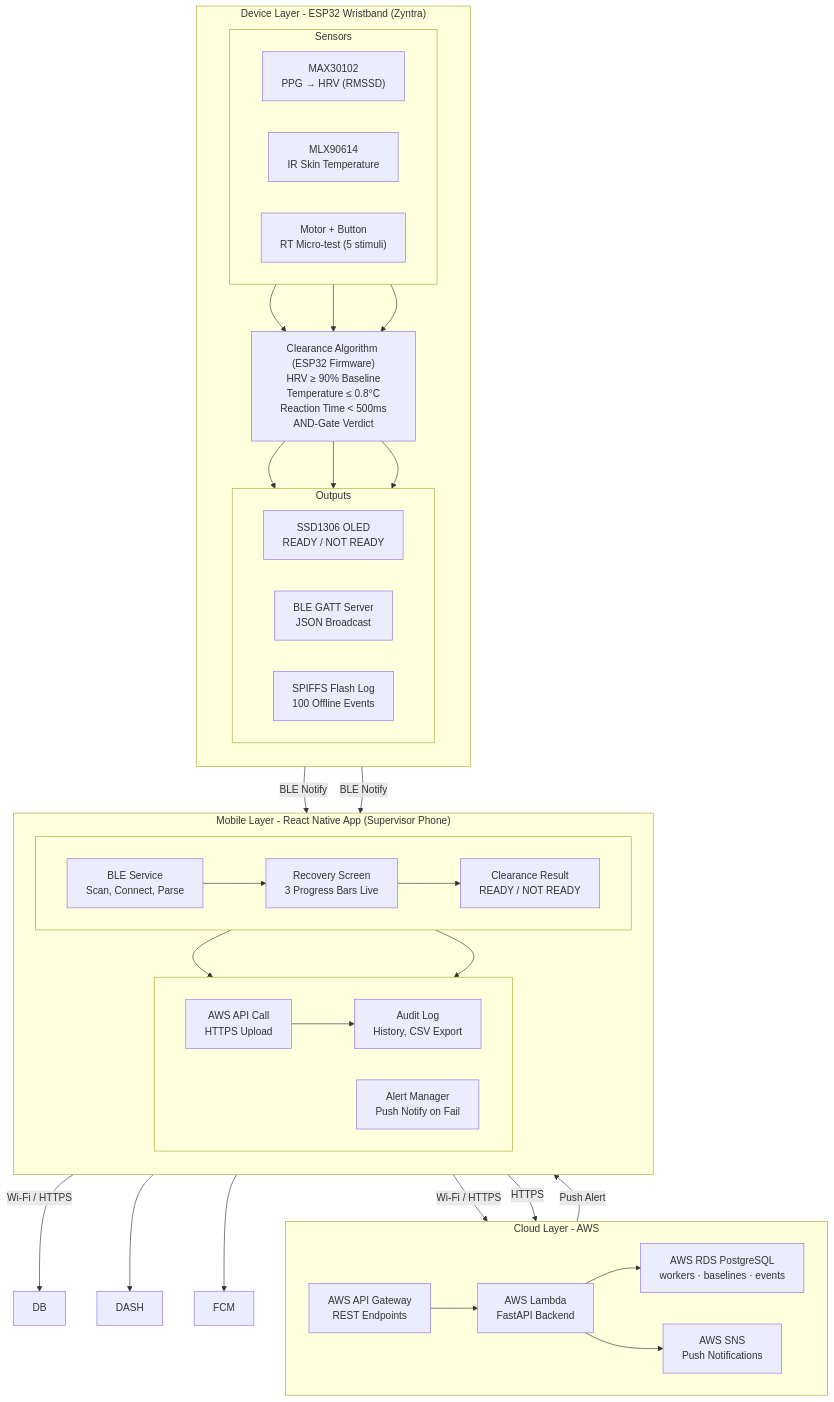
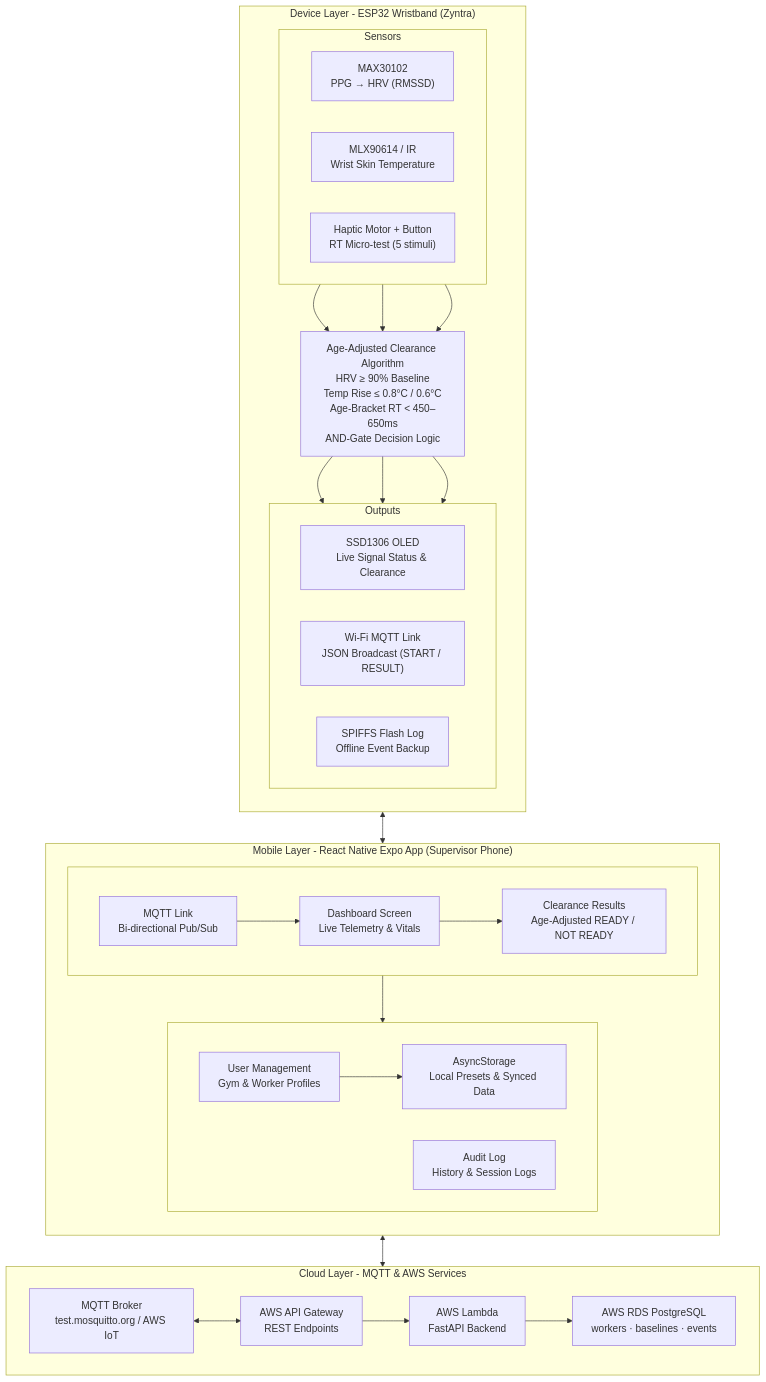
Before and after one commit to hasinidd/Zyntra_Sem5: the diagram in Zyntra_Sem5/README.md, drawn with Mermaid. The commit also changed other lines of this file and 1 other file, not shown here.

Commit message:
docs: update README with age-dependent dynamic thresholds, gym dataset, and recovery formulas

````diff
--- a/Zyntra_Sem5/README.md
+++ b/Zyntra_Sem5/README.md
@@ -46,64 +70,59 @@
 ```mermaid
 flowchart TB
-subgraph Cloud["Cloud Layer - AWS"]
+subgraph Cloud["Cloud Layer - MQTT & AWS Services"]
     direction LR
+    BROKER["MQTT Broker<br/>test.mosquitto.org / AWS IoT"]
     APIGW["AWS API Gateway<br/>REST Endpoints"]
     LAMBDA["AWS Lambda<br/>FastAPI Backend"]
     RDS["AWS RDS PostgreSQL<br/>workers · baselines · events"]
-    SNS["AWS SNS<br/>Push Notifications"]
+    BROKER <--> APIGW
     APIGW --> LAMBDA
     LAMBDA --> RDS
-    LAMBDA --> SNS
 end
-subgraph Mobile["Mobile Layer - React Native App (Supervisor Phone)"]
+
+subgraph Mobile["Mobile Layer - React Native Expo App (Supervisor Phone)"]
     direction TB
     subgraph MobileTop[" "]
         direction LR
-        BLE["BLE Service<br/>Scan, Connect, Parse"]
-        REC["Recovery Screen<br/>3 Progress Bars Live"]
-        RESULT["Clearance Result<br/>READY / NOT READY"]
+        MQTT["MQTT Link<br/>Bi-directional Pub/Sub"]
+        DASH["Dashboard Screen<br/>Live Telemetry & Vitals"]
+        RESULT["Clearance Results<br/>Age-Adjusted READY / NOT READY"]
     end
     subgraph MobileBottom[" "]
         direction LR
-        AUDIT["Audit Log<br/>History, CSV Export"]
-        SYNC["AWS API Call<br/>HTTPS Upload"]
-        ALERT["Alert Manager<br/>Push Notify on Fail"]
+        USERS["User Management<br/>Gym & Worker Profiles"]
+        AUDIT["Audit Log<br/>History & Session Logs"]
+        STORAGE["AsyncStorage<br/>Local Presets & Synced Data"]
     end
 end
+
 subgraph Device["Device Layer - ESP32 Wristband (Zyntra)"]
     direction TB
     subgraph Sensors["Sensors"]
         direction LR
         MAX["MAX30102<br/>PPG → HRV (RMSSD)"]
-        TEMP["MLX90614<br/>IR Skin Temperature"]
-        RT["Motor + Button<br/>RT Micro-test (5 stimuli)"]
+        TEMP["MLX90614 / IR<br/>Wrist Skin Temperature"]
+        RT["Haptic Motor + Button<br/>RT Micro-test (5 stimuli)"]
     end
-    ALG["Clearance Algorithm (ESP32 Firmware)<br/>HRV ≥ 90% Baseline<br/>Temperature ≤ 0.8°C<br/>Reaction Time < 500ms<br/>AND-Gate Verdict"]
+    ALG["Age-Adjusted Clearance Algorithm<br/>HRV ≥ 90% Baseline<br/>Temp Rise ≤ 0.8°C / 0.6°C<br/>Age-Bracket RT < 450–650ms<br/>AND-Gate Decision Logic"]
     subgraph Outputs["Outputs"]
         direction LR
-        OLED["SSD1306 OLED<br/>READY / NOT READY"]
-        GATT["BLE GATT Server<br/>JSON Broadcast"]
-        LOG["SPIFFS Flash Log<br/>100 Offline Events"]
+        OLED["SSD1306 OLED<br/>Live Signal Status & Clearance"]
+        WIFI["Wi-Fi MQTT Link<br/>JSON Broadcast (START / RESULT)"]
+        LOG["SPIFFS Flash Log<br/>Offline Event Backup"]
     end
     MAX --> ALG
     TEMP --> ALG
     RT --> ALG
     ALG --> OLED
-    ALG --> GATT
+    ALG --> WIFI
     ALG --> LOG
 end
-GATT -- BLE Notify --> BLE
-BLE --> REC
-REC --> RESULT
-RESULT --> SYNC
-RESULT --> ALERT
-SYNC -- Wi-Fi / HTTPS --> APIGW
-ALERT -- HTTPS --> APIGW
-SNS -- Push Alert --> ALERT
-SYNC --> AUDIT
 
-GATT -- BLE Notify --> BLE
-SYNC -- Wi-Fi / HTTPS --> DB
-SYNC --> DASH
-SYNC --> FCM
+WIFI <--> MQTT
+MQTT --> DASH
+DASH --> RESULT
+USERS --> STORAGE
+RESULT --> AUDIT
+MQTT <--> BROKER
 ```
````
